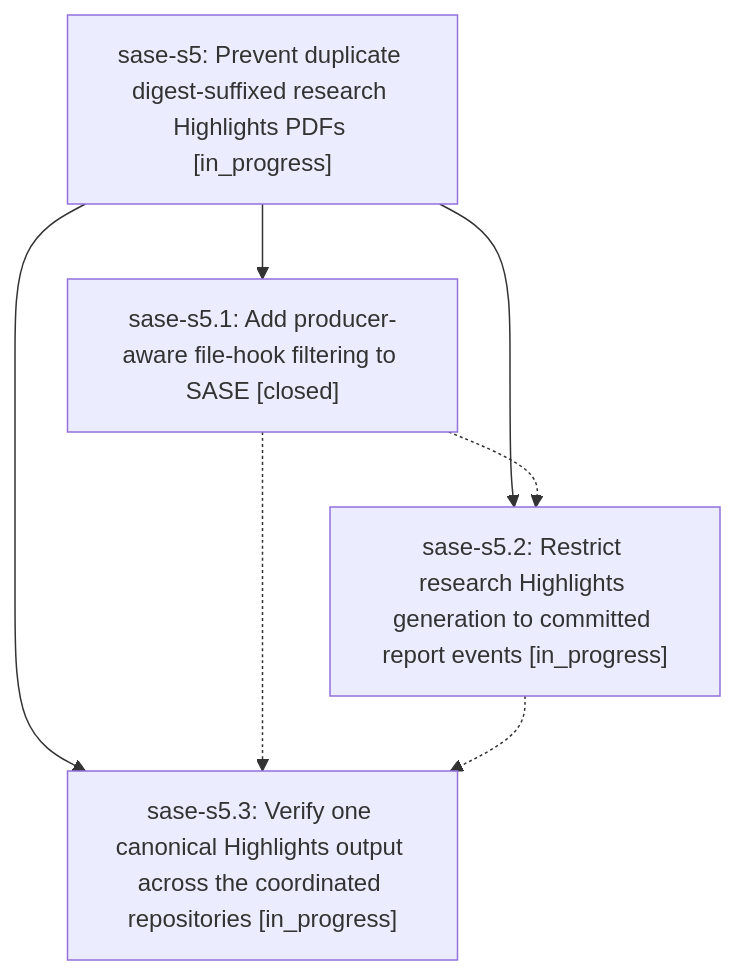
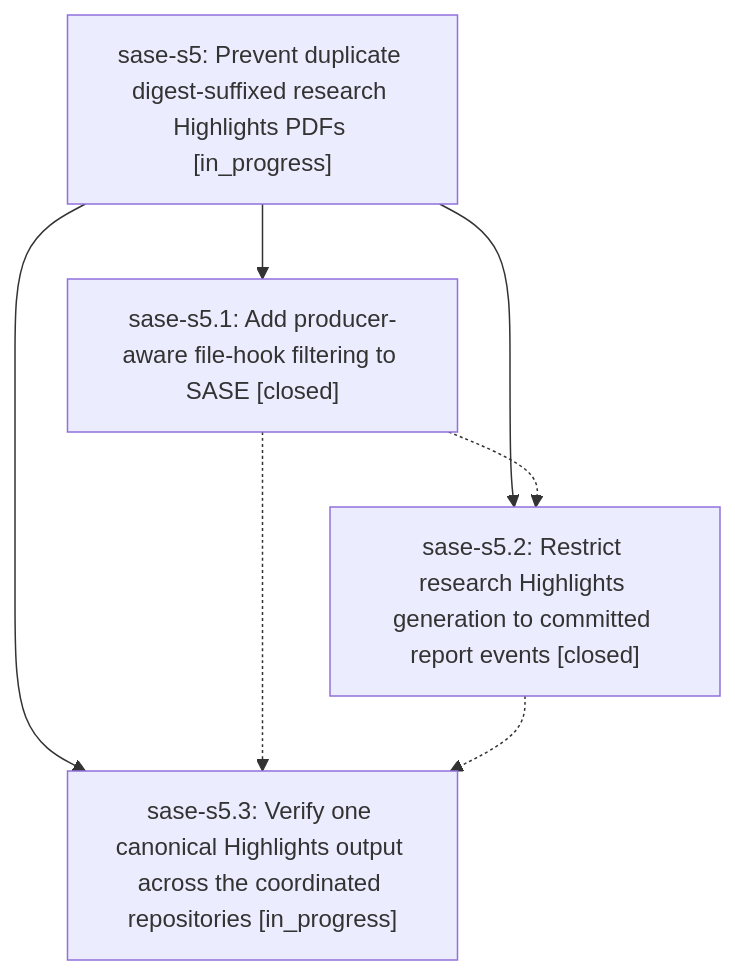
Before and after one commit to sase-org/sase--beads: the diagram in pages/sase-s5/README.md, drawn with Mermaid. The commit also changed other lines of this file and 3 other files, not shown here.

````diff
--- a/pages/sase-s5/README.md
+++ b/pages/sase-s5/README.md
@@ -24,13 +24,13 @@
 ```mermaid
 flowchart TD
     n0["sase-s5: Prevent duplicate digest-suffixed research Highlights PDFs [in_progress]"]
     n1["sase-s5.1: Add producer-aware file-hook filtering to SASE [closed]"]
-    n2["sase-s5.2: Restrict research Highlights generation to committed report events [in_progress]"]
+    n2["sase-s5.2: Restrict research Highlights generation to committed report events [closed]"]
     n3["sase-s5.3: Verify one canonical Highlights output across the coordinated repositories [in_progress]"]
     n0 --> n1
     n0 --> n2
     n0 --> n3
     n1 -.-> n2
     n1 -.-> n3
     n2 -.-> n3
 ```
````
